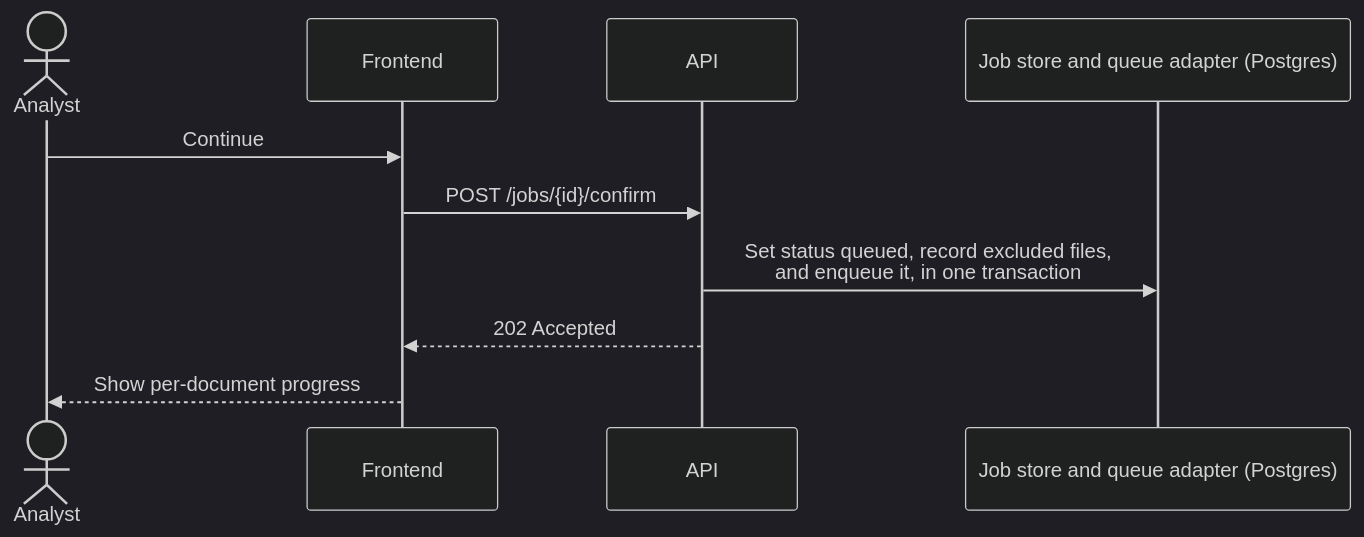
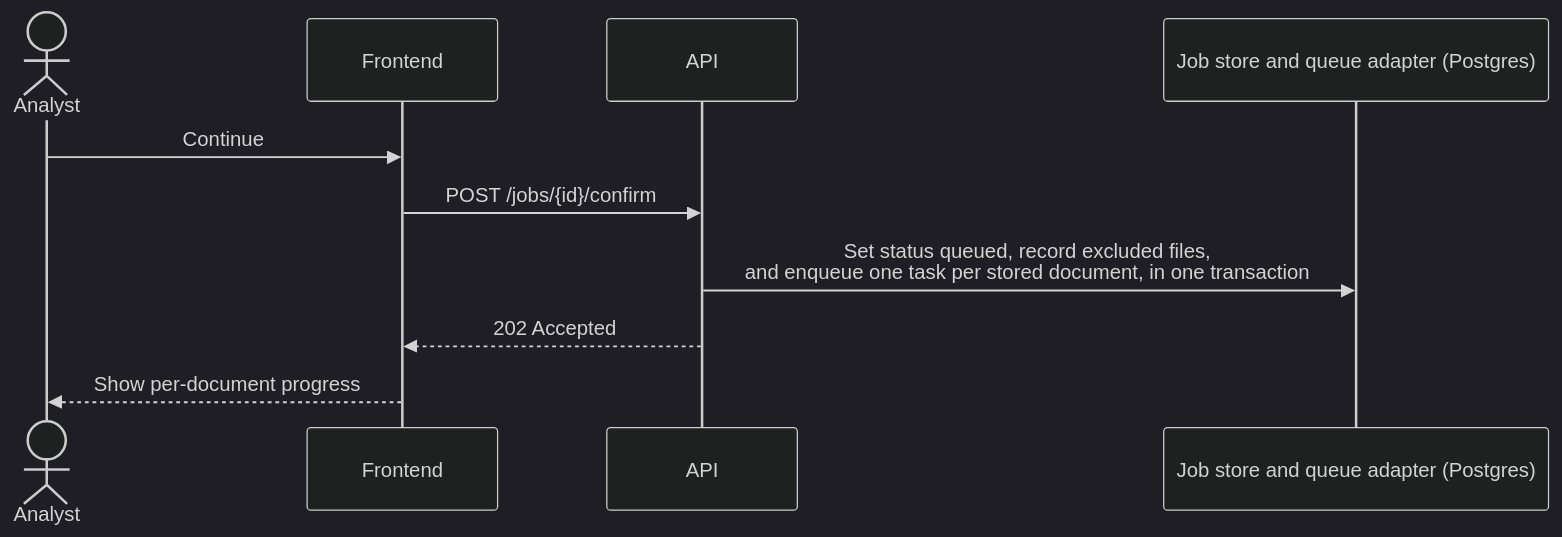
The seventh of 13 diagrams in context/architecture.md (nc1z/doc-insight), drawn with Mermaid (dark theme) before and after one commit. The commit also changed other lines of this file and 2 other files, not shown here.

Commit message:
docs: one task per document for better scalability, concurrent processing and failure isolation

````diff
--- a/context/architecture.md
+++ b/context/architecture.md
@@ -159,13 +159,13 @@
 ```mermaid
 sequenceDiagram
     actor Analyst
     participant UI as Frontend
     participant API as API
     participant Jobs as Job store and queue adapter (Postgres)
 
     Analyst->>UI: Continue
     UI->>API: POST /jobs/{id}/confirm
-    API->>Jobs: Set status queued, record excluded files,<br/>and enqueue it, in one transaction
+    API->>Jobs: Set status queued, record excluded files,<br/>and enqueue one task per stored document, in one transaction
     API-->>UI: 202 Accepted
     UI-->>Analyst: Show per-document progress
 ```
````
